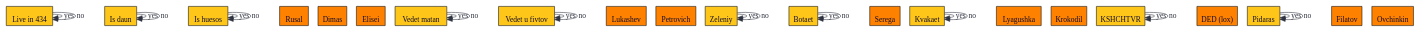
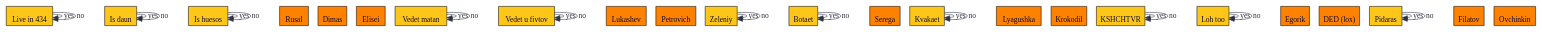
One commit to dmjtsh/huawei_course changed the diagram in 6-akinator/akinator/akinator_graph.gv. Above: the diagram before and after it, drawn with Graphviz. The commit also changed 46 other files, not shown here.

```diff
--- a/6-akinator/akinator/akinator_graph.gv
+++ b/6-akinator/akinator/akinator_graph.gv
@@ -1,64 +1,70 @@
 digraph TreeGraph {
 node [shape="box", style="filled", fillcolor="#FFC61A", fontcolor="#0e0a2a", margin="0.01"];
 "Live in 434" [shape="record", label="\n Live in 434"];
 node [shape="box", style="filled", fillcolor="#FFC61A", fontcolor="#0e0a2a", margin="0.01"];
 "Is daun" [shape="record", label="\n Is daun"];
 node [shape="box", style="filled", fillcolor="#FFC61A", fontcolor="#0e0a2a", margin="0.01"];
 "Is huesos" [shape="record", label="\n Is huesos"];
 node [shape="box", style="filled", fillcolor="#FF8100", fontcolor="#0e0a2a", margin="0.01"];
 "Rusal" [shape="record", label="\n Rusal"];
 node [shape="box", style="filled", fillcolor="#FF8100", fontcolor="#0e0a2a", margin="0.01"];
 "Dimas" [shape="record", label="\n Dimas"];
 node [shape="box", style="filled", fillcolor="#FF8100", fontcolor="#0e0a2a", margin="0.01"];
 "Elisei" [shape="record", label="\n Elisei"];
 node [shape="box", style="filled", fillcolor="#FFC61A", fontcolor="#0e0a2a", margin="0.01"];
 "Vedet matan" [shape="record", label="\n Vedet matan"];
 node [shape="box", style="filled", fillcolor="#FFC61A", fontcolor="#0e0a2a", margin="0.01"];
 "Vedet u fivtov" [shape="record", label="\n Vedet u fivtov"];
 node [shape="box", style="filled", fillcolor="#FF8100", fontcolor="#0e0a2a", margin="0.01"];
 "Lukashev" [shape="record", label="\n Lukashev"];
 node [shape="box", style="filled", fillcolor="#FF8100", fontcolor="#0e0a2a", margin="0.01"];
 "Petrovich" [shape="record", label="\n Petrovich"];
 node [shape="box", style="filled", fillcolor="#FFC61A", fontcolor="#0e0a2a", margin="0.01"];
 "Zeleniy" [shape="record", label="\n Zeleniy"];
 node [shape="box", style="filled", fillcolor="#FFC61A", fontcolor="#0e0a2a", margin="0.01"];
 "Botaet" [shape="record", label="\n Botaet"];
 node [shape="box", style="filled", fillcolor="#FF8100", fontcolor="#0e0a2a", margin="0.01"];
 "Serega" [shape="record", label="\n Serega"];
 node [shape="box", style="filled", fillcolor="#FFC61A", fontcolor="#0e0a2a", margin="0.01"];
 "Kvakaet" [shape="record", label="\n Kvakaet"];
 node [shape="box", style="filled", fillcolor="#FF8100", fontcolor="#0e0a2a", margin="0.01"];
 "Lyagushka" [shape="record", label="\n Lyagushka"];
 node [shape="box", style="filled", fillcolor="#FF8100", fontcolor="#0e0a2a", margin="0.01"];
 "Krokodil" [shape="record", label="\n Krokodil"];
 node [shape="box", style="filled", fillcolor="#FFC61A", fontcolor="#0e0a2a", margin="0.01"];
 "KSHCHTVR" [shape="record", label="\n KSHCHTVR"];
+node [shape="box", style="filled", fillcolor="#FFC61A", fontcolor="#0e0a2a", margin="0.01"];
+"Loh too" [shape="record", label="\n Loh too"];
+node [shape="box", style="filled", fillcolor="#FF8100", fontcolor="#0e0a2a", margin="0.01"];
+"Egorik" [shape="record", label="\n Egorik"];
 node [shape="box", style="filled", fillcolor="#FF8100", fontcolor="#0e0a2a", margin="0.01"];
 "DED (lox)" [shape="record", label="\n DED (lox)"];
 node [shape="box", style="filled", fillcolor="#FFC61A", fontcolor="#0e0a2a", margin="0.01"];
 "Pidaras" [shape="record", label="\n Pidaras"];
 node [shape="box", style="filled", fillcolor="#FF8100", fontcolor="#0e0a2a", margin="0.01"];
 "Filatov" [shape="record", label="\n Filatov"];
 node [shape="box", style="filled", fillcolor="#FF8100", fontcolor="#0e0a2a", margin="0.01"];
 "Ovchinkin" [shape="record", label="\n Ovchinkin"];
 "Live in 434" -> "Live in 434"  [label = "yes" color="#2E313F" fontcolor="#2E313F"];
 "Is daun" -> "Is daun"  [label = "yes" color="#2E313F" fontcolor="#2E313F"];
 "Is huesos" -> "Is huesos"  [label = "yes" color="#2E313F" fontcolor="#2E313F"];
 "Is huesos" -> "Is huesos"  [label = "no" color="#2E313F" fontcolor="#2E313F"];
 "Is daun" -> "Is daun"  [label = "no" color="#2E313F" fontcolor="#2E313F"];
 "Live in 434" -> "Live in 434"  [label = "no" color="#2E313F" fontcolor="#2E313F"];
 "Vedet matan" -> "Vedet matan"  [label = "yes" color="#2E313F" fontcolor="#2E313F"];
 "Vedet u fivtov" -> "Vedet u fivtov"  [label = "yes" color="#2E313F" fontcolor="#2E313F"];
 "Vedet u fivtov" -> "Vedet u fivtov"  [label = "no" color="#2E313F" fontcolor="#2E313F"];
 "Vedet matan" -> "Vedet matan"  [label = "no" color="#2E313F" fontcolor="#2E313F"];
 "Zeleniy" -> "Zeleniy"  [label = "yes" color="#2E313F" fontcolor="#2E313F"];
 "Botaet" -> "Botaet"  [label = "yes" color="#2E313F" fontcolor="#2E313F"];
 "Botaet" -> "Botaet"  [label = "no" color="#2E313F" fontcolor="#2E313F"];
 "Kvakaet" -> "Kvakaet"  [label = "yes" color="#2E313F" fontcolor="#2E313F"];
 "Kvakaet" -> "Kvakaet"  [label = "no" color="#2E313F" fontcolor="#2E313F"];
 "Zeleniy" -> "Zeleniy"  [label = "no" color="#2E313F" fontcolor="#2E313F"];
 "KSHCHTVR" -> "KSHCHTVR"  [label = "yes" color="#2E313F" fontcolor="#2E313F"];
+"Loh too" -> "Loh too"  [label = "yes" color="#2E313F" fontcolor="#2E313F"];
+"Loh too" -> "Loh too"  [label = "no" color="#2E313F" fontcolor="#2E313F"];
 "KSHCHTVR" -> "KSHCHTVR"  [label = "no" color="#2E313F" fontcolor="#2E313F"];
 "Pidaras" -> "Pidaras"  [label = "yes" color="#2E313F" fontcolor="#2E313F"];
 "Pidaras" -> "Pidaras"  [label = "no" color="#2E313F" fontcolor="#2E313F"];
 }
```
